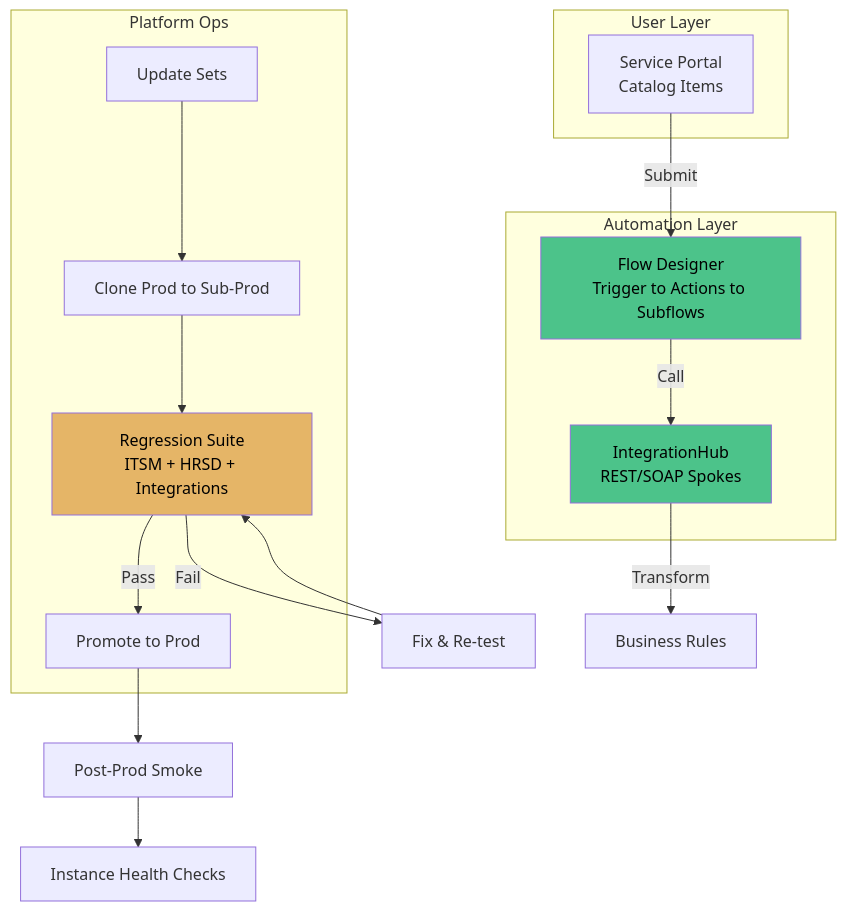
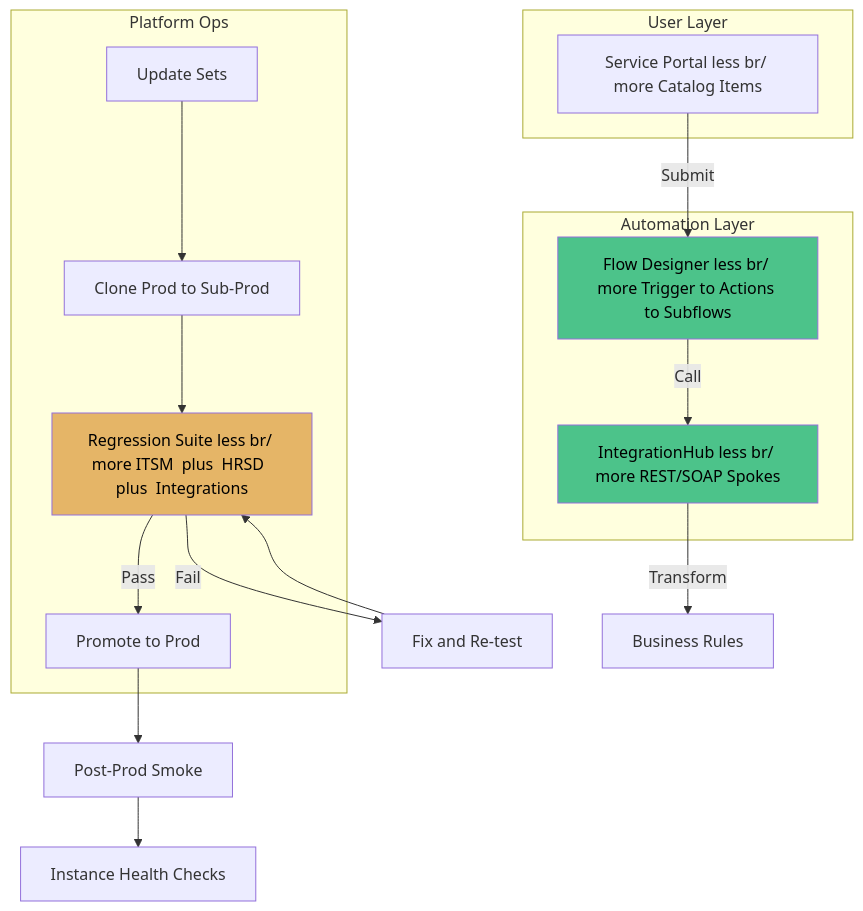
One commit to eltonaguiar/ServiceNow_Learning_TSOM-_CSM_FSM_SalesCRM_HAM_ITSM changed the sixth of 6 diagrams in docs/modules/other/other-guide.md. Above: the diagram before and after it, drawn with Mermaid. The commit also changed other lines of this file and 19 other files, not shown here.

Commit message:
Fix all Mermaid diagram special characters - replace dollar, parens, slashes, quotes, pipes, nested brackets and other unsafe chars inside brackets with safe alternatives across 19 files

````diff
--- a/docs/modules/other/other-guide.md
+++ b/docs/modules/other/other-guide.md
@@ -1405,29 +1405,29 @@
 ```mermaid
 flowchart TD
     subgraph "User Layer"
-        SP[Service Portal<br/>Catalog Items]
+        SP[Service Portal less br/ more Catalog Items]
     end
     subgraph "Automation Layer"
-        FD[Flow Designer<br/>Trigger to Actions to Subflows]
-        IH[IntegrationHub<br/>REST/SOAP Spokes]
+        FD[Flow Designer less br/ more Trigger to Actions to Subflows]
+        IH[IntegrationHub less br/ more REST/SOAP Spokes]
     end
     subgraph "Platform Ops"
         US[Update Sets]
         CLONE[Clone Prod to Sub-Prod]
-        REG[Regression Suite<br/>ITSM + HRSD + Integrations]
+        REG[Regression Suite less br/ more ITSM  plus  HRSD  plus  Integrations]
         PROMOTE[Promote to Prod]
     end
     SP -->|Submit| FD
     FD -->|Call| IH
     IH -->|Transform| BR[Business Rules]
     US --> CLONE
     CLONE --> REG
     REG -->|Pass| PROMOTE
-    REG -->|Fail| FIX[Fix & Re-test]
+    REG -->|Fail| FIX[Fix  and  Re-test]
     FIX --> REG
     PROMOTE --> SMOKE[Post-Prod Smoke]
     SMOKE --> HEALTH[Instance Health Checks]
     style FD fill:#4cc38a,color:#000
     style IH fill:#4cc38a,color:#000
     style REG fill:#e5b567,color:#000
 ```
````
